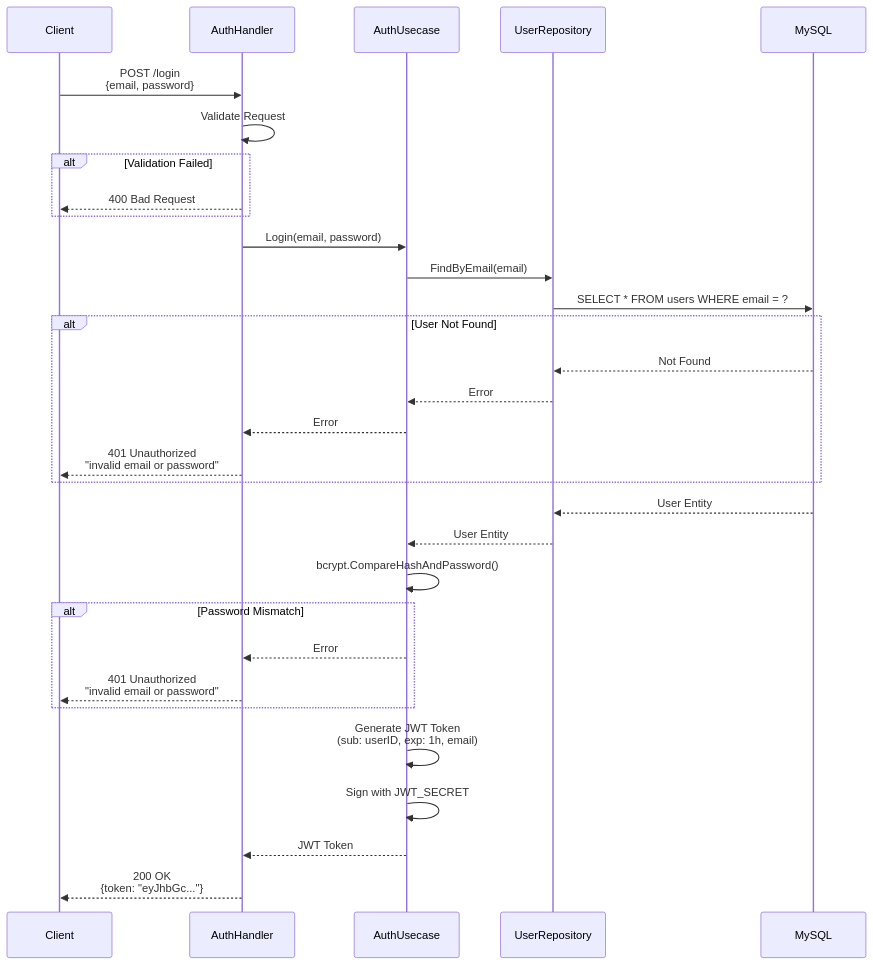
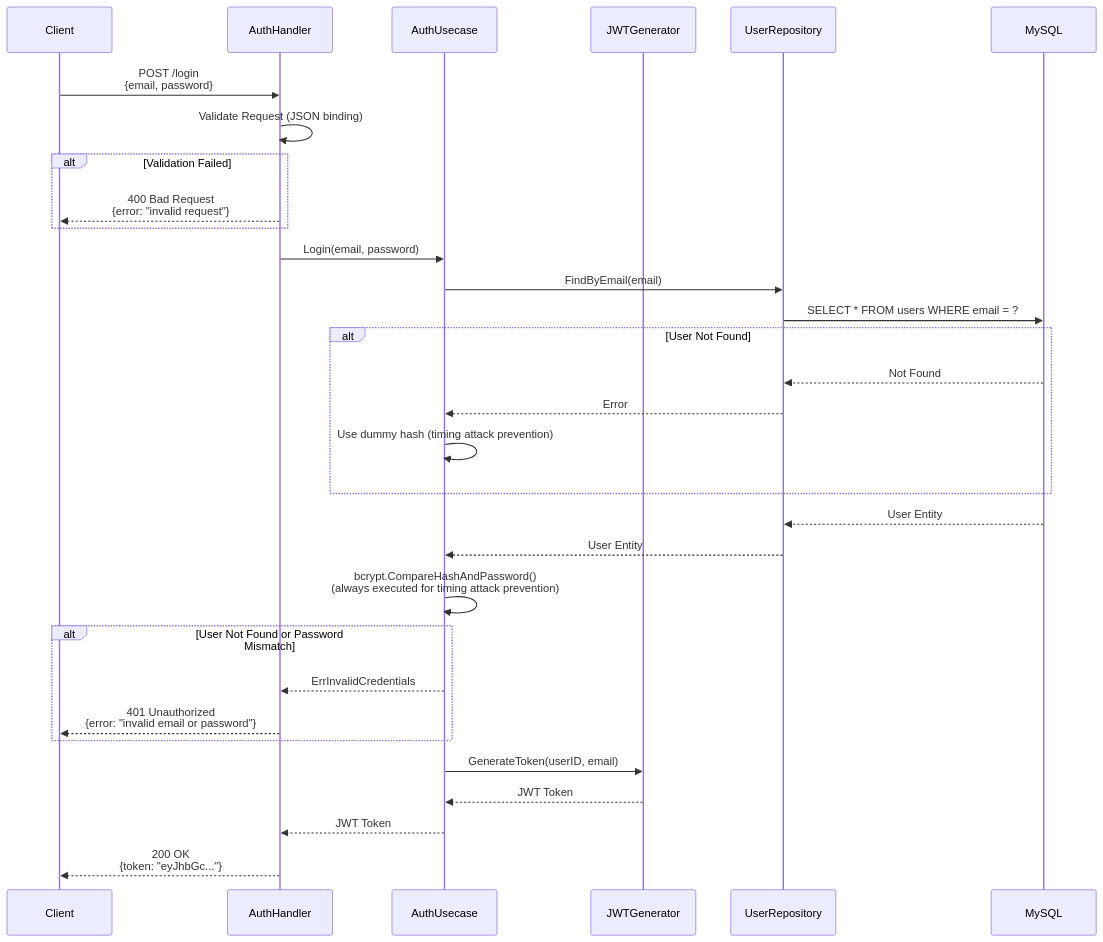
One commit to UCHIDAnobuhiro/stock_backend changed the second of 3 diagrams in internal/feature/auth/README.md. Above: the diagram before and after it, drawn with Mermaid. The commit also changed other lines of this file and 4 other files, not shown here.

````diff
--- a/internal/feature/auth/README.md
+++ b/internal/feature/auth/README.md
@@ -53,40 +54,40 @@
 ```mermaid
 sequenceDiagram
     participant Client
     participant Handler as AuthHandler
     participant Usecase as AuthUsecase
+    participant JWTGenerator as JWTGenerator
     participant Repository as UserRepository
     participant DB as MySQL
 
     Client->>Handler: POST /login<br/>{email, password}
-    Handler->>Handler: Validate Request
+    Handler->>Handler: Validate Request (JSON binding)
 
     alt Validation Failed
-        Handler-->>Client: 400 Bad Request
+        Handler-->>Client: 400 Bad Request<br/>{error: "invalid request"}
     end
 
     Handler->>Usecase: Login(email, password)
     Usecase->>Repository: FindByEmail(email)
     Repository->>DB: SELECT * FROM users WHERE email = ?
 
     alt User Not Found
         DB-->>Repository: Not Found
         Repository-->>Usecase: Error
-        Usecase-->>Handler: Error
-        Handler-->>Client: 401 Unauthorized<br/>"invalid email or password"
+        Usecase->>Usecase: Use dummy hash (timing attack prevention)
     end
 
     DB-->>Repository: User Entity
     Repository-->>Usecase: User Entity
-    Usecase->>Usecase: bcrypt.CompareHashAndPassword()
+    Usecase->>Usecase: bcrypt.CompareHashAndPassword()<br/>(always executed for timing attack prevention)
 
-    alt Password Mismatch
-        Usecase-->>Handler: Error
-        Handler-->>Client: 401 Unauthorized<br/>"invalid email or password"
+    alt User Not Found or Password Mismatch
+        Usecase-->>Handler: ErrInvalidCredentials
+        Handler-->>Client: 401 Unauthorized<br/>{error: "invalid email or password"}
     end
 
-    Usecase->>Usecase: Generate JWT Token<br/>(sub: userID, exp: 1h, email)
-    Usecase->>Usecase: Sign with JWT_SECRET
+    Usecase->>JWTGenerator: GenerateToken(userID, email)
+    JWTGenerator-->>Usecase: JWT Token
     Usecase-->>Handler: JWT Token
     Handler-->>Client: 200 OK<br/>{token: "eyJhbGc..."}
 ```
````
